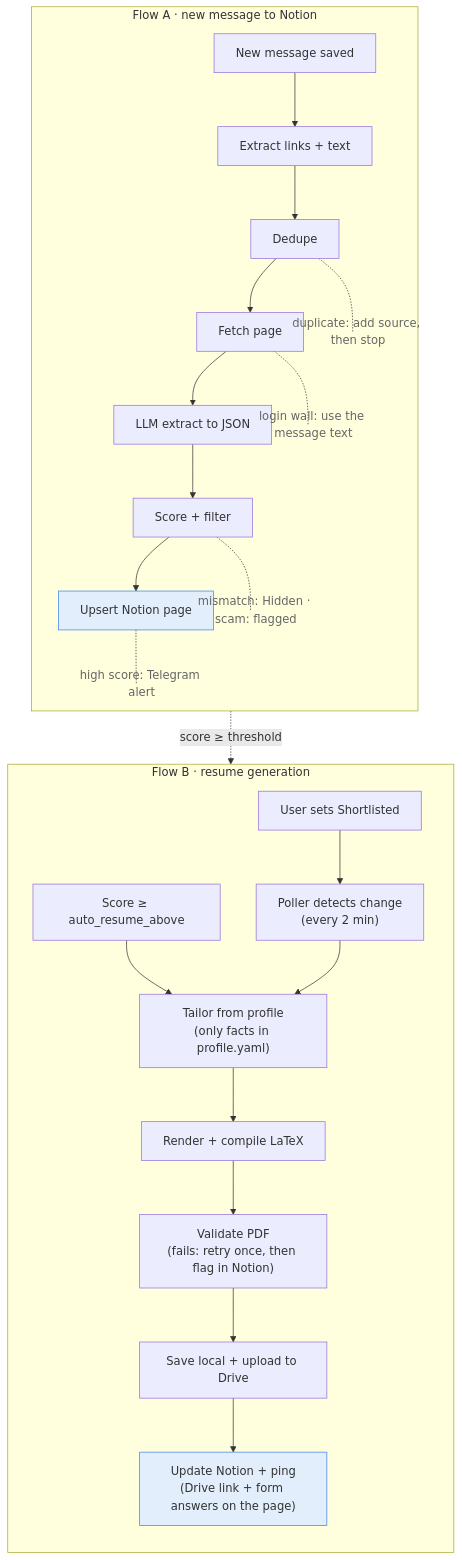
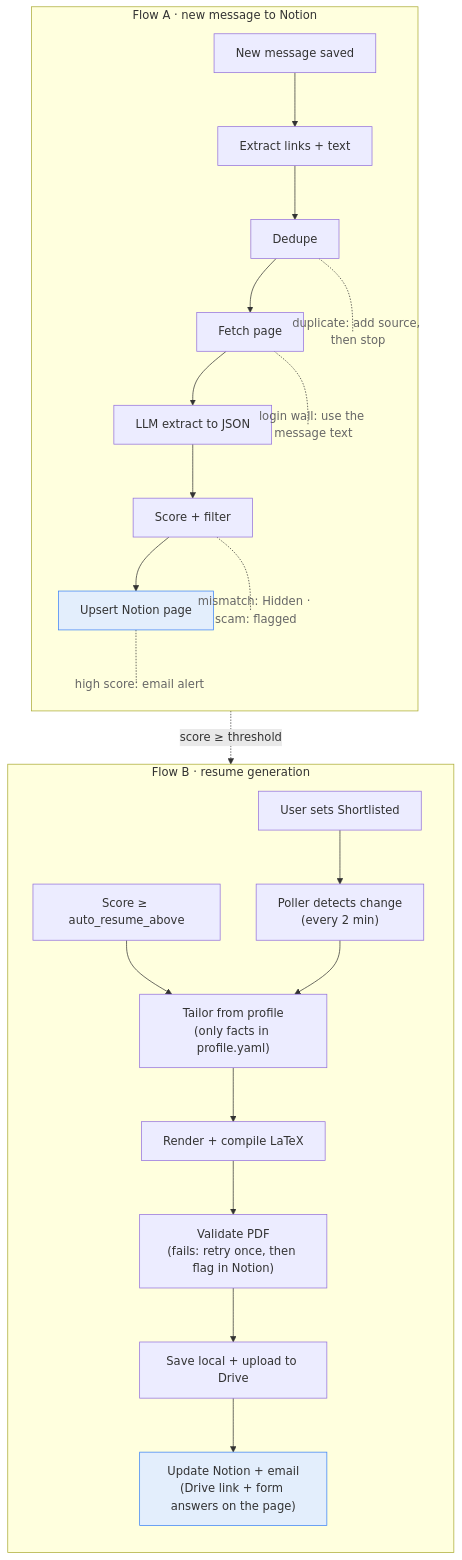
Before and after one commit to ThePlator/JobRadar: the second of 4 diagrams in docs/HLD.md, drawn with Mermaid. The commit also changed other lines of this file and 13 other files, not shown here.

````diff
--- a/docs/HLD.md
+++ b/docs/HLD.md
@@ -80,27 +80,27 @@
 ```mermaid
 flowchart TB
     subgraph FA["Flow A · new message to Notion"]
         direction TB
         A1["New message saved"] --> A2["Extract links + text"] --> A3["Dedupe"]
         A3 --> A4["Fetch page"] --> A5["LLM extract to JSON"] --> A6["Score + filter"] --> A7["Upsert Notion page"]
         A3 -.- N3>"duplicate: add source, then stop"]
         A4 -.- N4>"login wall: use the message text"]
         A6 -.- N6>"mismatch: Hidden · scam: flagged"]
-        A7 -.- N7>"high score: Telegram alert"]
+        A7 -.- N7>"high score: email alert"]
     end
 
     subgraph FB["Flow B · resume generation"]
         direction TB
         B0a["Score ≥ auto_resume_above"] --> B2
         B0b["User sets Shortlisted"] --> B1["Poller detects change<br/>(every 2 min)"] --> B2["Tailor from profile<br/>(only facts in profile.yaml)"]
         B2 --> B3["Render + compile LaTeX"] --> B4["Validate PDF<br/>(fails: retry once, then flag in Notion)"]
-        B4 --> B5["Save local + upload to Drive"] --> B6["Update Notion + ping<br/>(Drive link + form answers on the page)"]
+        B4 --> B5["Save local + upload to Drive"] --> B6["Update Notion + email<br/>(Drive link + form answers on the page)"]
     end
 
     A6 -. "score ≥ threshold" .-> B0a
 
     style A7 fill:#e3eefc,stroke:#3b82f6
     style B6 fill:#e3eefc,stroke:#3b82f6
     classDef note fill:none,stroke:none,color:#666
     class N3,N4,N6,N7 note
 ```
````
